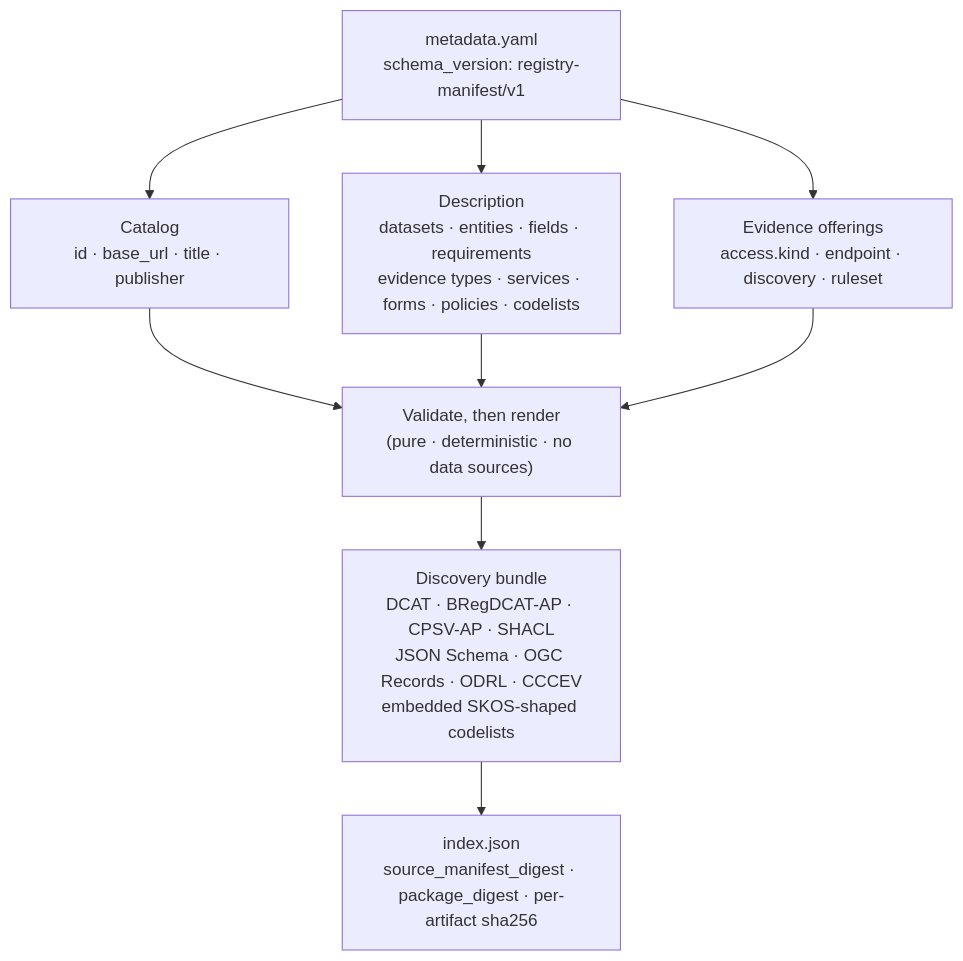
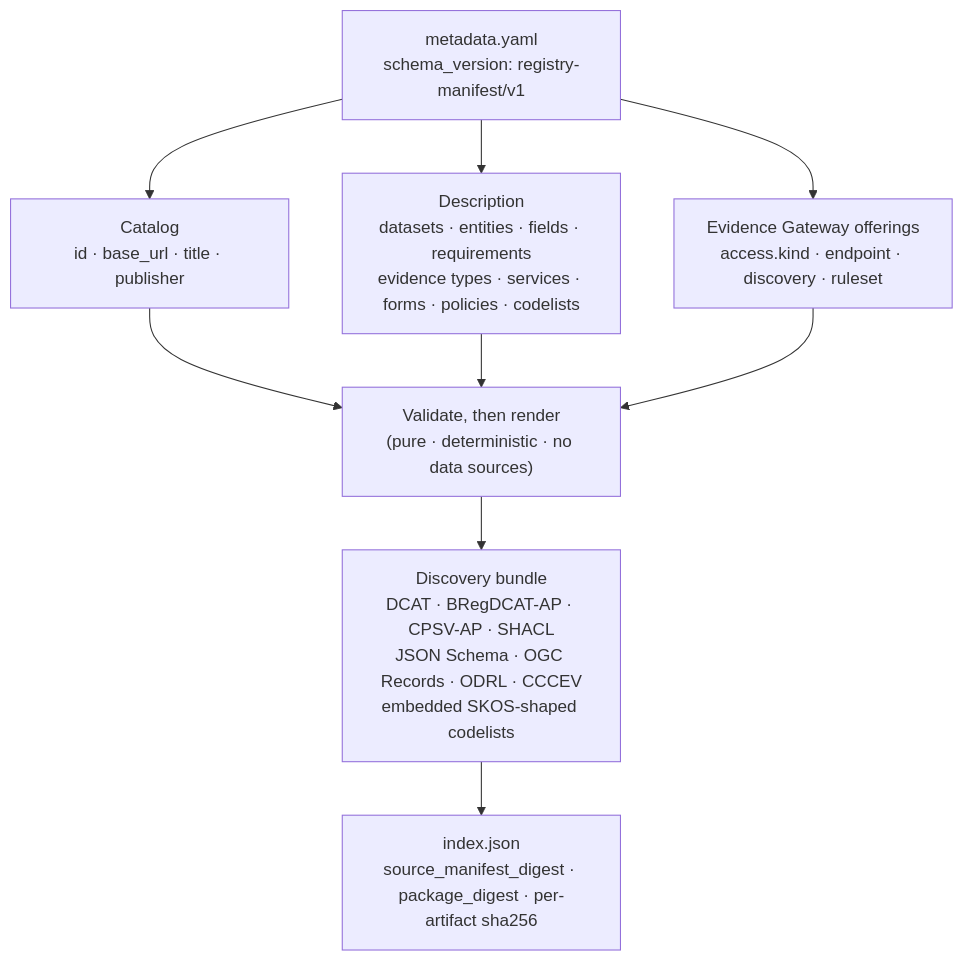
Before and after one commit to registrystack/registry-stack: the diagram in docs/site/src/content/docs/spec/rs-dm-manifest.mdx, drawn with Mermaid. The commit also changed other lines of this file and 98 other files, not shown here.

Commit message:
docs(evidence): reorganize Evidence Gateway guidance

````diff
--- a/docs/site/src/content/docs/spec/rs-dm-manifest.mdx
+++ b/docs/site/src/content/docs/spec/rs-dm-manifest.mdx
@@ -75,17 +75,17 @@
 ```mermaid
 flowchart TD
     manifest["metadata.yaml<br/>schema_version: registry-manifest/v1"]
     catalog["Catalog<br/>id · base_url · title · publisher"]
     describe["Description<br/>datasets · entities · fields · requirements<br/>evidence types · services · forms · policies · codelists"]
-    offerings["Evidence offerings<br/>access.kind · endpoint · discovery · ruleset"]
+    offerings["Evidence Gateway offerings<br/>access.kind · endpoint · discovery · ruleset"]
     render["Validate, then render<br/>(pure · deterministic · no data sources)"]
     bundle["Discovery bundle<br/>DCAT · BRegDCAT-AP · CPSV-AP · SHACL<br/>JSON Schema · OGC Records · ODRL · CCCEV<br/>embedded SKOS-shaped codelists"]
     index["index.json<br/>source_manifest_digest · package_digest · per-artifact sha256"]
     manifest --> catalog
     manifest --> describe
     manifest --> offerings
     catalog --> render
     describe --> render
     offerings --> render
     render --> bundle --> index
 ```
````
